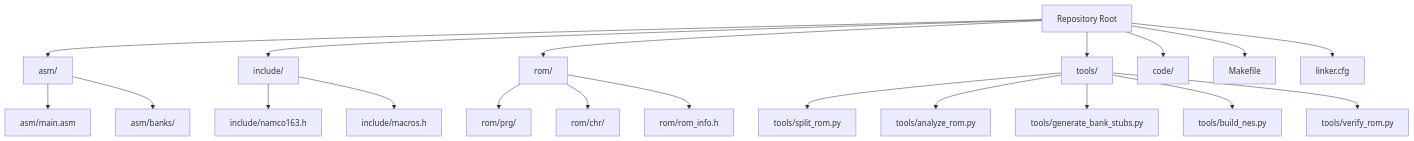
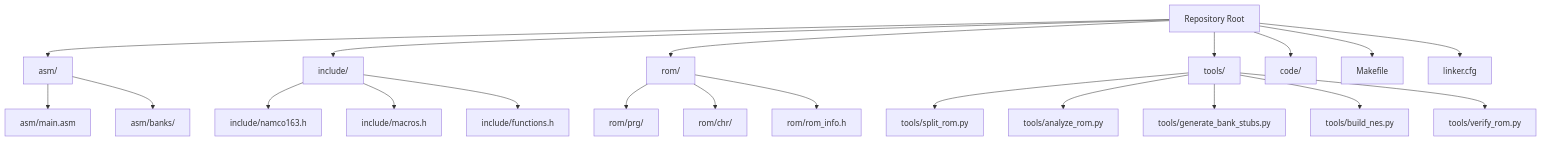
One commit to rabbyzero/sango2dasm changed the first of 6 diagrams in .qoder/repowiki/en/content/Project Overview/Introduction and Goals.md. Above: the diagram before and after it, drawn with Mermaid. The commit also changed other lines of this file and 12 other files, not shown here.

````diff
--- a/.qoder/repowiki/en/content/Project Overview/Introduction and Goals.md
+++ b/.qoder/repowiki/en/content/Project Overview/Introduction and Goals.md
@@ -65,42 +72,43 @@
 ```mermaid
 graph TB
 Root["Repository Root"]
 ASM["asm/"]
 MAIN_ASM["asm/main.asm"]
 BANKS["asm/banks/"]
 INCLUDE["include/"]
 NAMCO163_H["include/namco163.h"]
 MACROS_H["include/macros.h"]
 ROM["rom/"]
 PRG["rom/prg/"]
 CHR["rom/chr/"]
 ROM_INFO["rom/rom_info.h"]
 TOOLS["tools/"]
 SPLIT_ROM["tools/split_rom.py"]
 ANALYZE_ROM["tools/analyze_rom.py"]
 GEN_STUBS["tools/generate_bank_stubs.py"]
 BUILD_NES["tools/build_nes.py"]
 VERIFY_ROM["tools/verify_rom.py"]
 CODE["code/"]
 MAKEFILE["Makefile"]
 LINKER_CFG["linker.cfg"]
 Root --> ASM
 ASM --> MAIN_ASM
 ASM --> BANKS
 Root --> INCLUDE
 INCLUDE --> NAMCO163_H
 INCLUDE --> MACROS_H
+INCLUDE --> FUNCTIONS_H["include/functions.h"]
 Root --> ROM
 ROM --> PRG
 ROM --> CHR
 ROM --> ROM_INFO
 Root --> TOOLS
 TOOLS --> SPLIT_ROM
 TOOLS --> ANALYZE_ROM
 TOOLS --> GEN_STUBS
 TOOLS --> BUILD_NES
 TOOLS --> VERIFY_ROM
 Root --> CODE
 Root --> MAKEFILE
 Root --> LINKER_CFG
 ```
````
